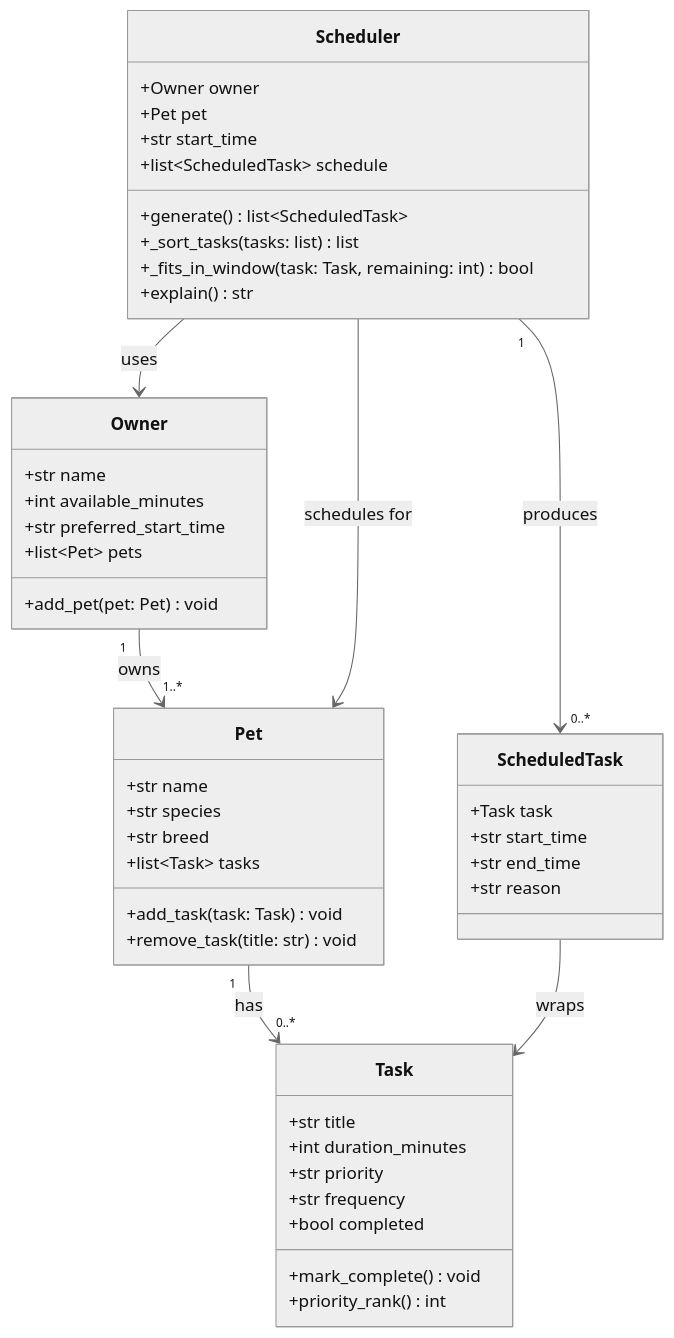
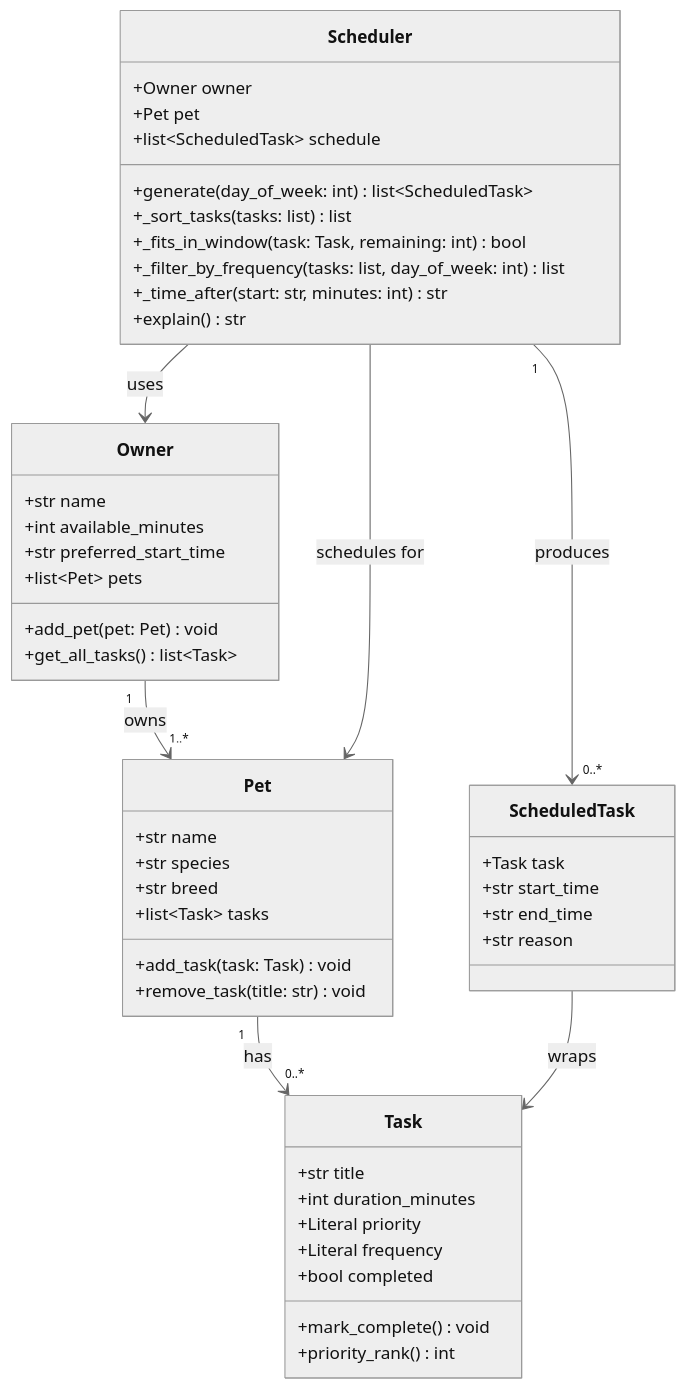
Before and after one commit to Marqed4/ai110-module2show-pawpal-starter: the diagram in diagrams/mermaid.js.md, drawn with Mermaid (neutral theme).

Commit message:
Update UML to match implemented pawpal_system.py
- Add get_all_tasks() to Owner
- Change Task priority/frequency types from str to Literal
- Remove non-existent start_time attribute from Scheduler
- Add _filter_by_frequency, _time_after, and day_of_week param to generate()

````diff
--- a/diagrams/mermaid.js.md
+++ b/diagrams/mermaid.js.md
@@ -1,54 +1,56 @@
 ```mermaid
 classDiagram
     class Owner {
         +str name
         +int available_minutes
         +str preferred_start_time
         +list~Pet~ pets
         +add_pet(pet: Pet) void
+        +get_all_tasks() list~Task~
     }
 
     class Pet {
         +str name
         +str species
         +str breed
         +list~Task~ tasks
         +add_task(task: Task) void
         +remove_task(title: str) void
     }
 
     class Task {
         +str title
         +int duration_minutes
-        +str priority
-        +str frequency
+        +Literal priority
+        +Literal frequency
         +bool completed
         +mark_complete() void
         +priority_rank() int
     }
 
     class ScheduledTask {
         +Task task
         +str start_time
         +str end_time
         +str reason
     }
 
     class Scheduler {
         +Owner owner
         +Pet pet
-        +str start_time
         +list~ScheduledTask~ schedule
-        +generate() list~ScheduledTask~
+        +generate(day_of_week: int) list~ScheduledTask~
         +_sort_tasks(tasks: list) list
         +_fits_in_window(task: Task, remaining: int) bool
+        +_filter_by_frequency(tasks: list, day_of_week: int) list
+        +_time_after(start: str, minutes: int) str
         +explain() str
     }
 
     Owner "1" --> "1..*" Pet : owns
     Pet "1" --> "0..*" Task : has
     Scheduler --> Owner : uses
     Scheduler --> Pet : schedules for
     Scheduler "1" --> "0..*" ScheduledTask : produces
     ScheduledTask --> Task : wraps
 ```
````
